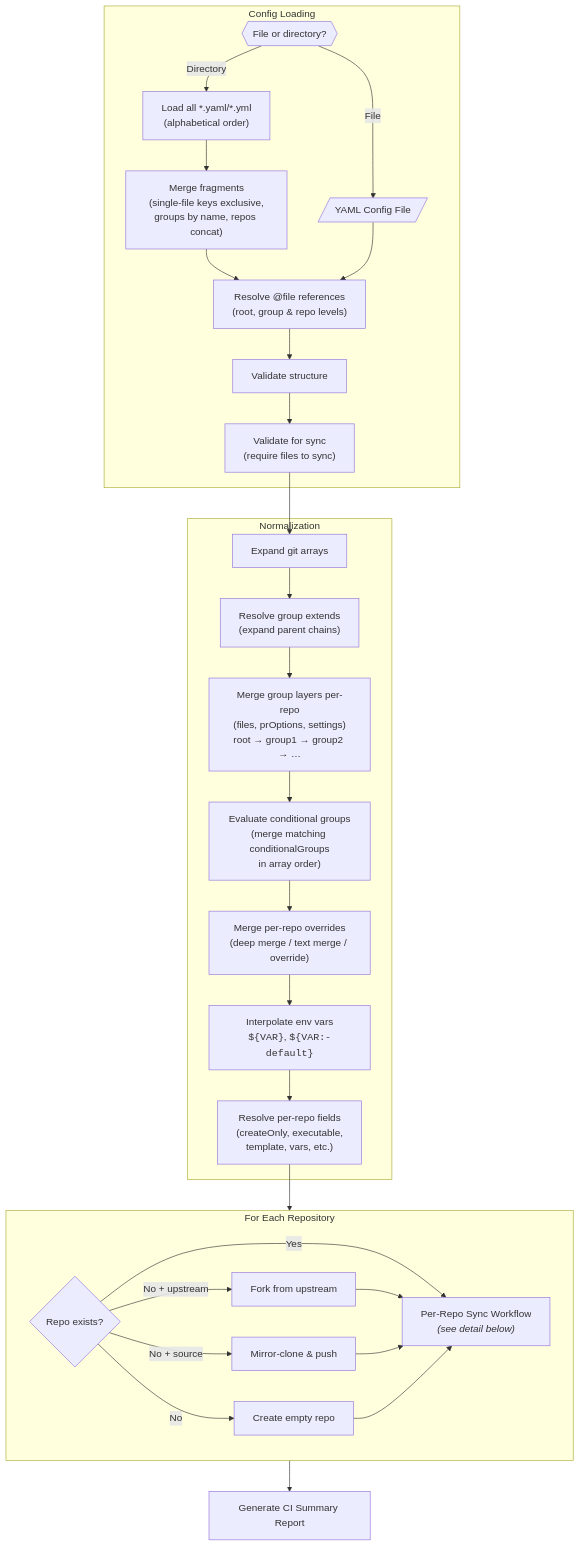
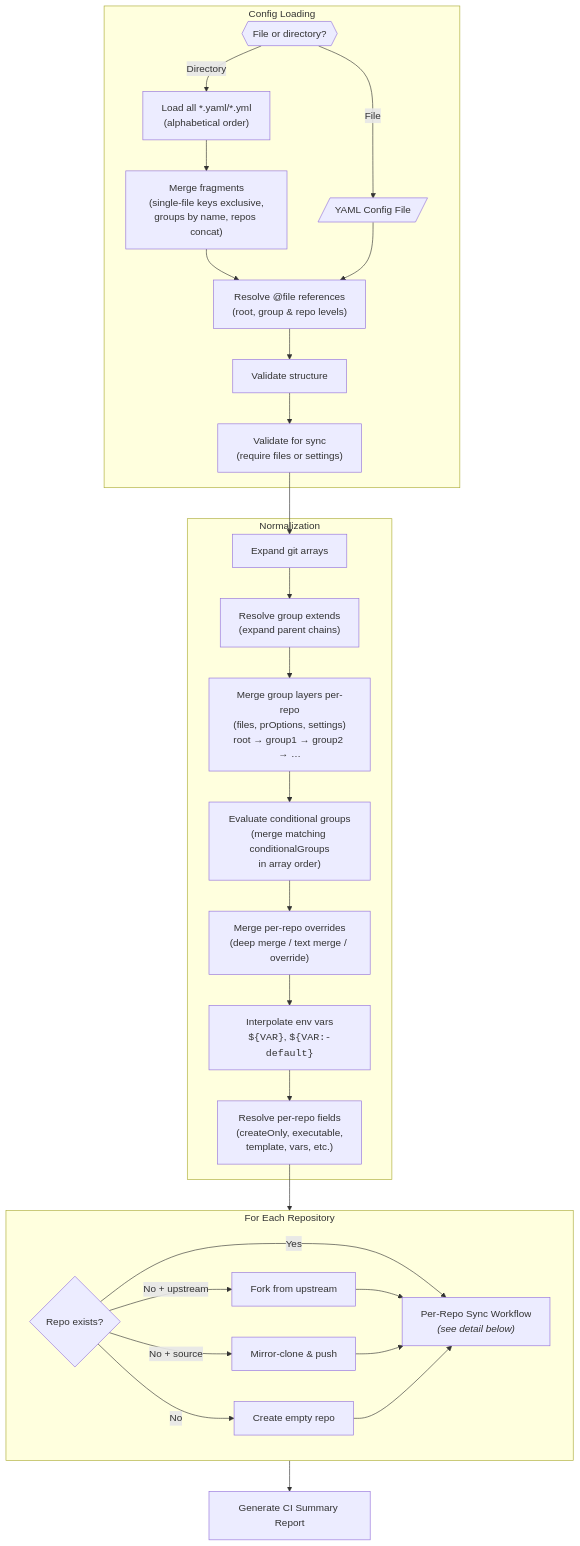
One commit to anthony-spruyt/xfg changed the first of 7 diagrams in docs/index.md. Above: the diagram before and after it, drawn with Mermaid. The commit also changed other lines of this file and 52 other files, not shown here.

````diff
--- a/docs/index.md
+++ b/docs/index.md
@@ -217,35 +239,35 @@
 ```mermaid
 flowchart TB
     subgraph Loading["Config Loading"]
         INPUT{{"File or directory?"}} -->|File| YAML[/"YAML Config File"/]
         INPUT -->|Directory| DIR["Load all *.yaml/*.yml<br/>(alphabetical order)"]
         DIR --> MERGE_CFG["Merge fragments<br/>(single-file keys exclusive,<br/>groups by name, repos concat)"]
         MERGE_CFG --> REFS["Resolve @file references<br/>(root, group & repo levels)"]
         YAML --> REFS
         REFS --> VALIDATE["Validate structure"]
-        VALIDATE --> VALIDATE_CMD_S["Validate for sync<br/>(require files to sync)"]
+        VALIDATE --> VALIDATE_CMD_S["Validate for sync<br/>(require files or settings)"]
     end
 
     subgraph Normalization
         EXPAND["Expand git arrays"] --> EXTENDS["Resolve group extends<br/>(expand parent chains)"]
         EXTENDS --> GROUPS["Merge group layers per-repo<br/>(files, prOptions, settings)<br/>root → group1 → group2 → …"]
         GROUPS --> COND["Evaluate conditional groups<br/>(merge matching conditionalGroups<br/>in array order)"]
         COND --> MERGE["Merge per-repo overrides<br/>(deep merge / text merge / override)"]
         MERGE --> ENV["Interpolate env vars<br/><code>${VAR}</code>, <code>${VAR:-default}</code>"]
         ENV --> OPTS["Resolve per-repo fields<br/>(createOnly, executable,<br/>template, vars, etc.)"]
     end
 
     subgraph ForEach["For Each Repository"]
         LIFECYCLE{"Repo exists?"} -->|Yes| SYNC
         LIFECYCLE -->|"No + upstream"| FORK["Fork from upstream"] --> SYNC
         LIFECYCLE -->|"No + source"| MIGRATE["Mirror-clone & push"] --> SYNC
         LIFECYCLE -->|No| CREATE["Create empty repo"] --> SYNC
         SYNC["Per-Repo Sync Workflow<br/><i>(see detail below)</i>"]
     end
 
     SUMMARY["Generate CI Summary Report"]
 
     VALIDATE_CMD_S --> EXPAND
     OPTS --> ForEach
     ForEach --> SUMMARY
 ```
````
